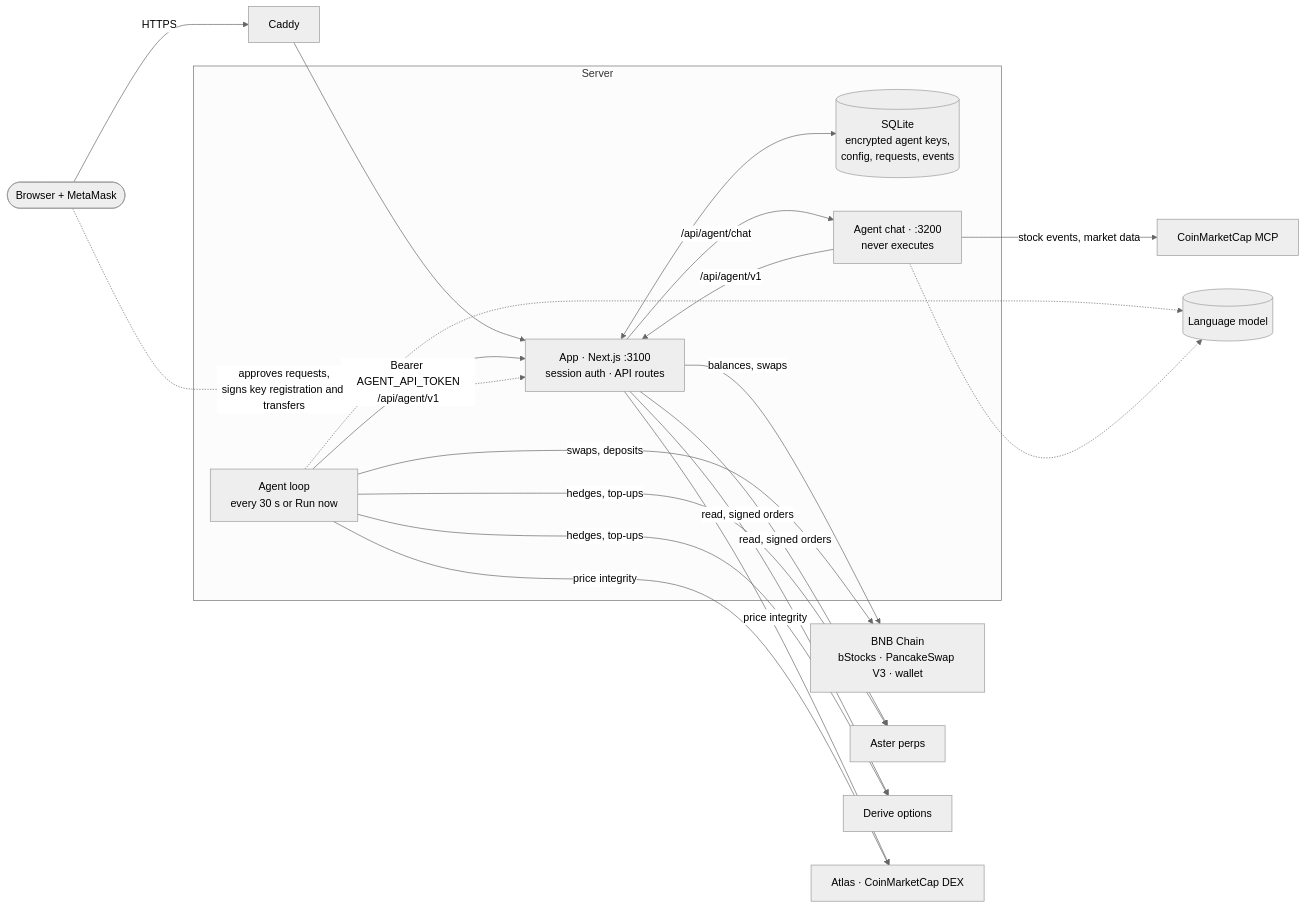
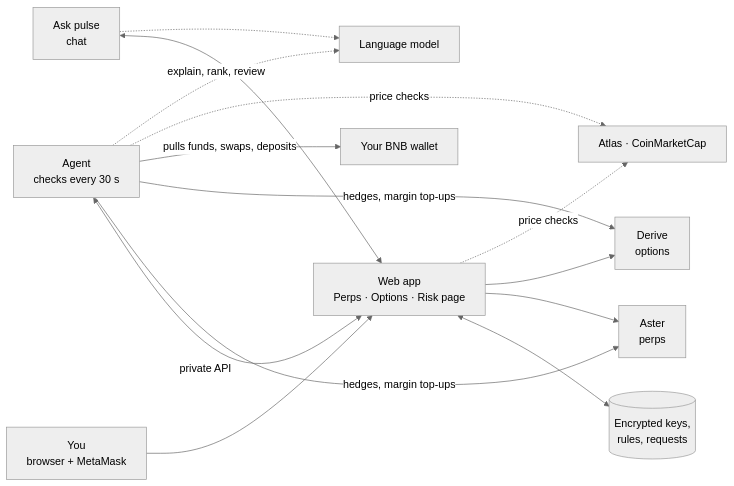
One commit to definet200/Pulse-Risk-Agent-Mainnet changed the first of 3 diagrams in bnb-hackathon/README.md. Above: the diagram before and after it, drawn with Mermaid (neutral theme). The commit also changed other lines of this file and 1 other file, not shown here.

````diff
--- a/bnb-hackathon/README.md
+++ b/bnb-hackathon/README.md
@@ -136,29 +25,20 @@
 ```mermaid
 flowchart LR
-    U([Browser + MetaMask]) -->|HTTPS| C[Caddy]
-    C --> A
+    U["You<br/>browser + MetaMask"] --> APP["Web app<br/>Perps · Options · Risk page"]
+    APP <--> DB[("Encrypted keys,<br/>rules, requests")]
 
-    subgraph Server
-        A["App · Next.js :3100<br/>session auth · API routes"]
-        DB[("SQLite<br/>encrypted agent keys,<br/>config, requests, events")]
-        L["Agent loop<br/>every 30 s or Run now"]
-        CH["Agent chat · :3200<br/>never executes"]
-        A <--> DB
-        A -- "/api/agent/chat" --> CH
-        L -- "Bearer AGENT_API_TOKEN<br/>/api/agent/v1" --> A
-        CH -- "/api/agent/v1" --> A
-    end
+    AG["Agent<br/>checks every 30 s"] <-->|"private API"| APP
+    CH["Ask pulse<br/>chat"] <--> APP
 
-    A -->|"balances, swaps"| BSC["BNB Chain<br/>bStocks · PancakeSwap V3 · wallet"]
-    A -->|"read, signed orders"| AS[Aster perps]
-    A -->|"read, signed orders"| D[Derive options]
-    A -->|"price integrity"| P["Atlas · CoinMarketCap DEX"]
-    L -->|"hedges, top-ups"| AS
-    L -->|"hedges, top-ups"| D
-    L -->|"swaps, deposits"| BSC
-    L -->|"price integrity"| P
-    CH -->|"stock events, market data"| MCP[CoinMarketCap MCP]
-    L -.-> M[(Language model)]
-    CH -.-> M
-    U -. "approves requests,<br/>signs key registration and transfers" .-> A
+    APP --> AS["Aster<br/>perps"]
+    APP --> DE["Derive<br/>options"]
+
+    AG -->|"hedges, margin top-ups"| AS
+    AG -->|"hedges, margin top-ups"| DE
+    AG -->|"pulls funds, swaps, deposits"| W["Your BNB wallet"]
+
+    APP -.->|"price checks"| PC["Atlas · CoinMarketCap"]
+    AG -.->|"price checks"| PC
+    AG -.->|"explain, rank, review"| LLM["Language model"]
+    CH -.-> LLM
 ```
````
